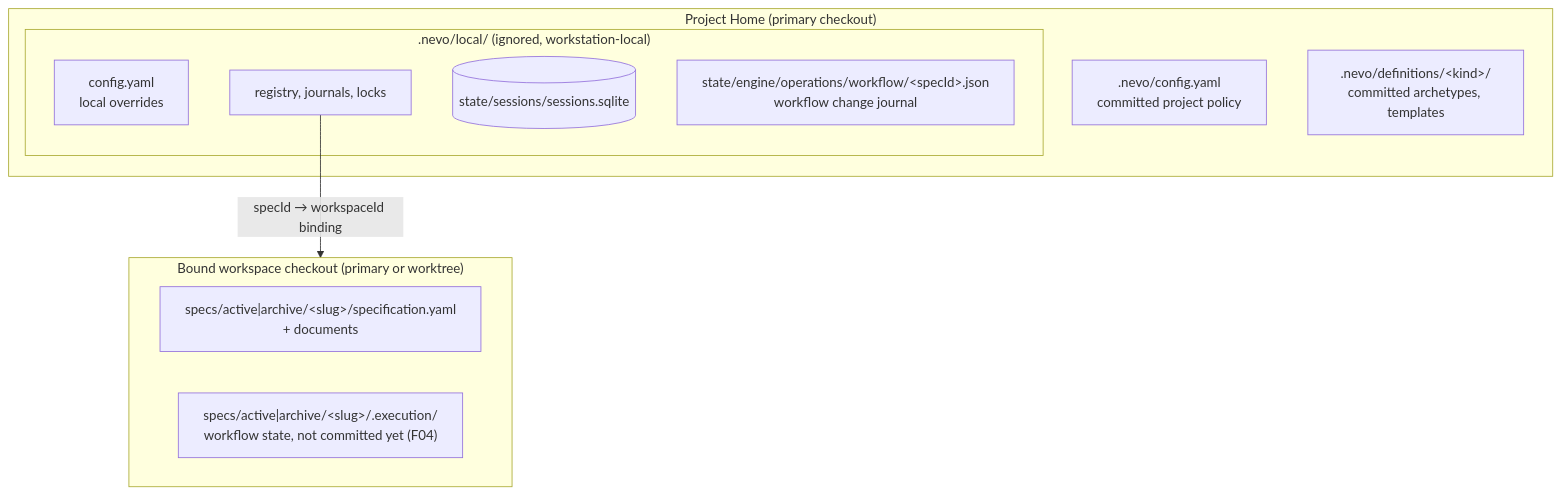
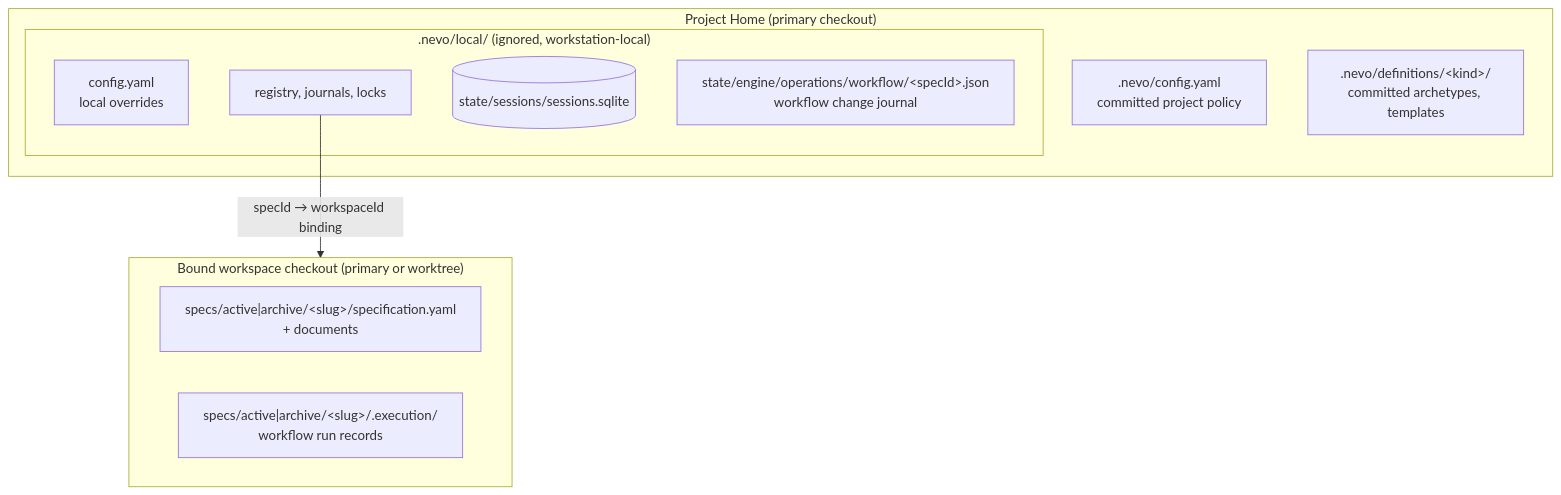
The third of 3 diagrams in docs/architecture/overview.md (dczerwinskipl/nevo-specflow), drawn with Mermaid before and after one commit. The commit also changed other lines of this file and 7 other files, not shown here.

````diff
--- a/docs/architecture/overview.md
+++ b/docs/architecture/overview.md
@@ -157,20 +165,20 @@
 ```mermaid
 flowchart TD
   subgraph home["Project Home (primary checkout)"]
     config[".nevo/config.yaml<br/>committed project policy"]
     defs[".nevo/definitions/&lt;kind&gt;/<br/>committed archetypes, templates"]
     subgraph local[".nevo/local/ (ignored, workstation-local)"]
       localcfg["config.yaml<br/>local overrides"]
       registry["registry, journals, locks"]
       sqlite[("state/sessions/sessions.sqlite")]
       wfjournal["state/engine/operations/workflow/&lt;specId&gt;.json<br/>workflow change journal"]
     end
   end
 
   subgraph ws["Bound workspace checkout (primary or worktree)"]
     spec["specs/active|archive/&lt;slug&gt;/specification.yaml<br/>+ documents"]
-    exec["specs/active|archive/&lt;slug&gt;/.execution/<br/>workflow state, not committed yet (F04)"]
+    exec["specs/active|archive/&lt;slug&gt;/.execution/<br/>workflow run records"]
   end
 
   registry -- "specId → workspaceId binding" --> ws
 ```
````
